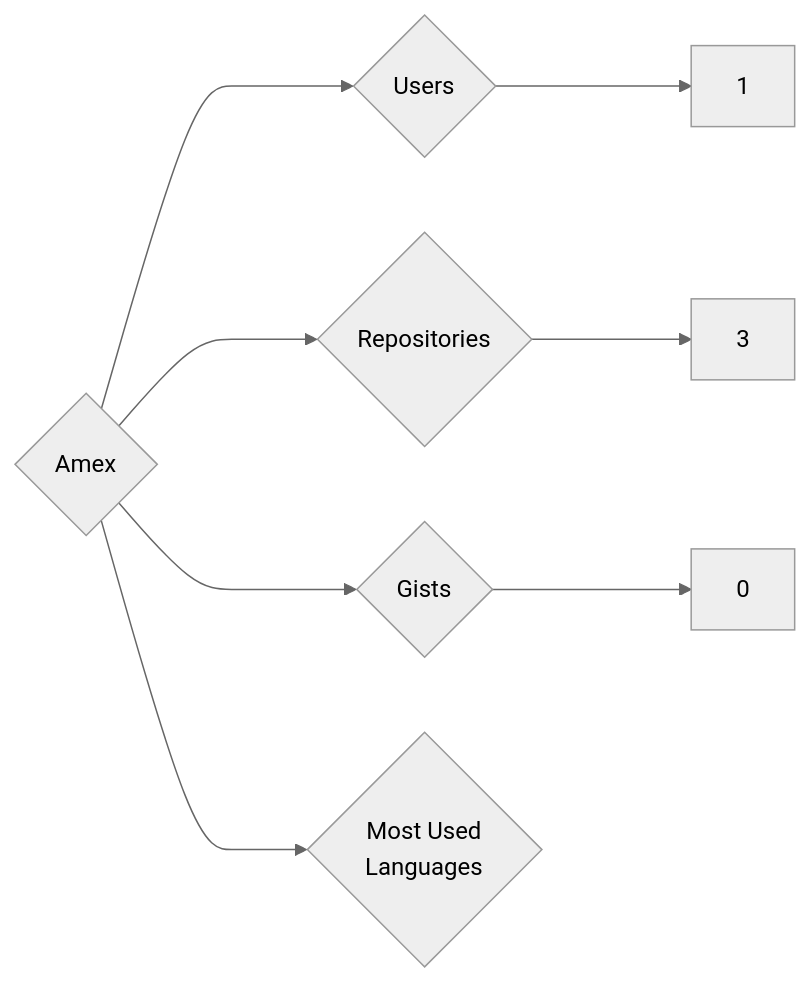
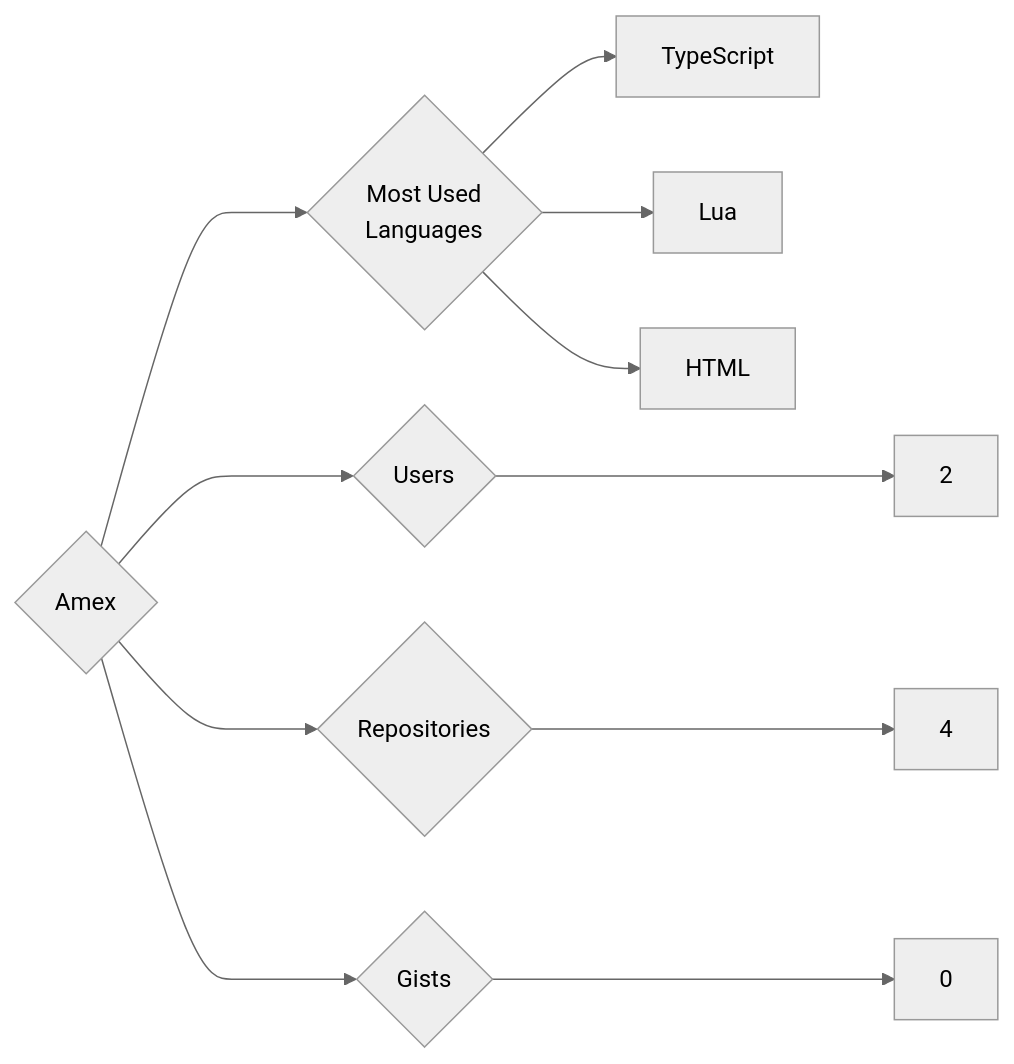
Before and after one commit to trickest/insiders: the diagram in targets/Amex/README.md, drawn with Mermaid (neutral theme). The commit also changed 888 other files, not shown here.

````diff
--- a/targets/Amex/README.md
+++ b/targets/Amex/README.md
@@ -3,8 +3,11 @@
 ```mermaid
 graph LR
 COMPANY_NAME{Amex}
-COMPANY_NAME ---> U{Users} ---> UN[1]
-COMPANY_NAME ---> R{Repositories} ---> RN[3]
+COMPANY_NAME ---> U{Users} ---> UN[2]
+COMPANY_NAME ---> R{Repositories} ---> RN[4]
 COMPANY_NAME ---> G{Gists} ---> GN[0]
 COMPANY_NAME ---> ML{Most Used<br>Languages}
+ML --> TypeScript[TypeScript]
+ML --> Lua[Lua]
+ML --> HTML[HTML]
 ```
````
